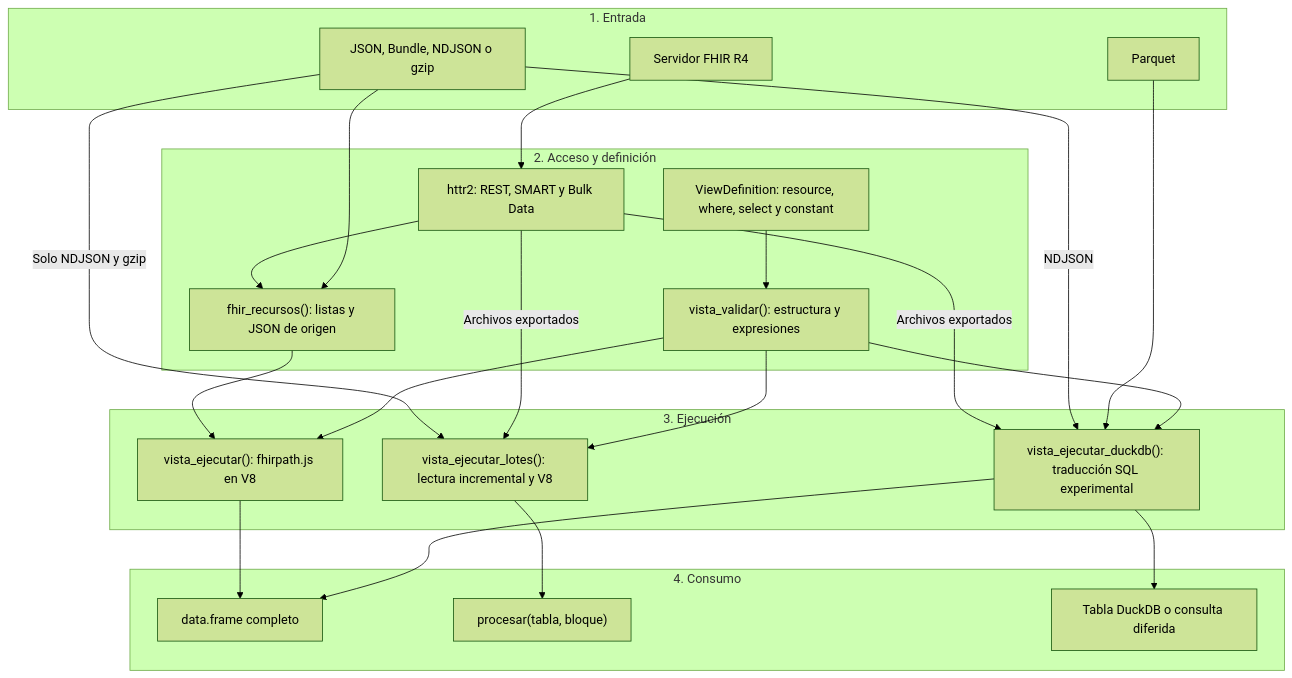
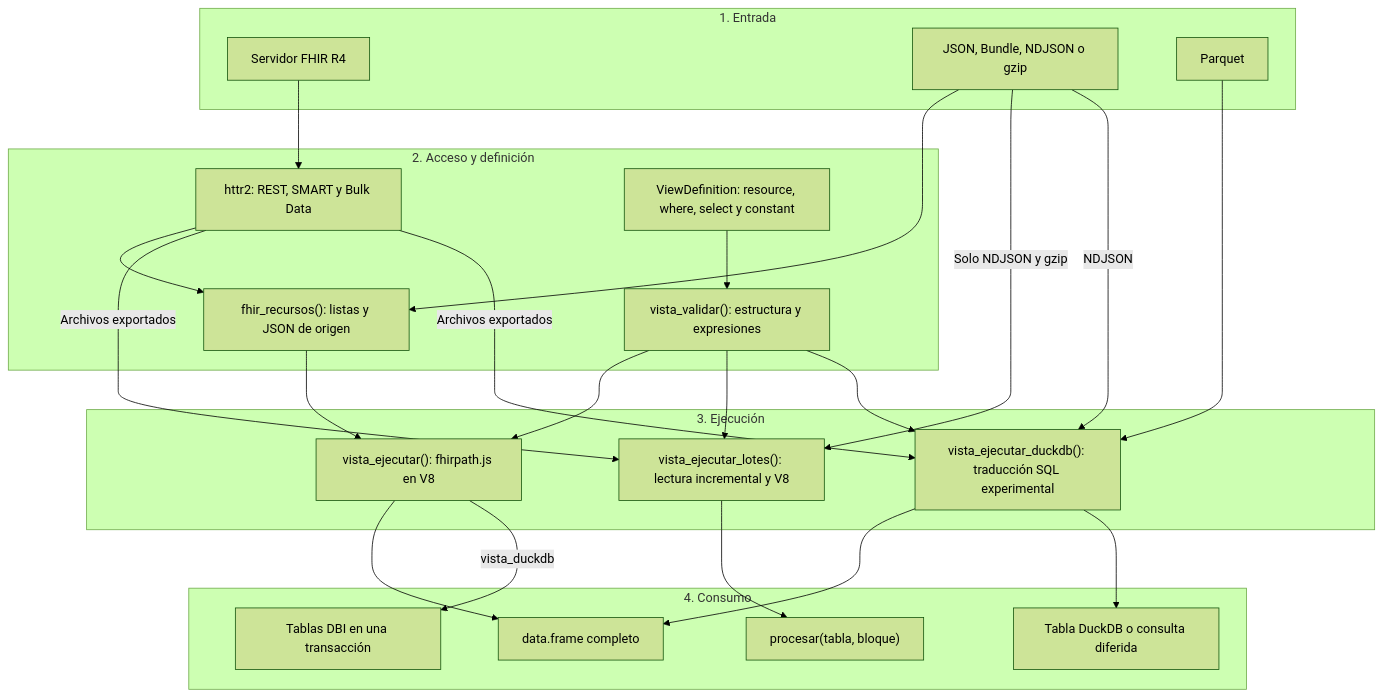
Before and after one commit to f-slg/fhirviews: the second of 10 diagrams in README.md, drawn with Mermaid (forest theme). The commit also changed other lines of this file and 5 other files, not shown here.

Commit message:
Replace opening diagram with Mermaid and document the R4 and Rust scope

````diff
--- a/README.md
+++ b/README.md
@@ -202,37 +212,39 @@
 ```mermaid
 flowchart TB
     subgraph EN["1. Entrada"]
         REST["Servidor FHIR R4"]
         FILE["JSON, Bundle, NDJSON o gzip"]
         PAR["Parquet"]
     end
     subgraph AC["2. Acceso y definición"]
         HTTP["httr2: REST, SMART y Bulk Data"]
         RES["fhir_recursos(): listas y JSON de origen"]
         VIEW["ViewDefinition: resource, where, select y constant"]
         VALID["vista_validar(): estructura y expresiones"]
     end
     subgraph EX["3. Ejecución"]
         V8["vista_ejecutar(): fhirpath.js en V8"]
         LOT["vista_ejecutar_lotes(): lectura incremental y V8"]
         SQL["vista_ejecutar_duckdb(): traducción SQL experimental"]
     end
     subgraph OUT["4. Consumo"]
         DF["data.frame completo"]
         CB["procesar(tabla, bloque)"]
         DB["Tabla DuckDB o consulta diferida"]
+        DBI["Tablas DBI en una transacción"]
     end
     REST --> HTTP --> RES
     FILE --> RES --> V8 --> DF
     FILE -->|"Solo NDJSON y gzip"| LOT --> CB
     HTTP -->|"Archivos exportados"| LOT
     HTTP -->|"Archivos exportados"| SQL
     FILE -->|"NDJSON"| SQL
     PAR --> SQL
     VIEW --> VALID
     VALID --> V8
     VALID --> LOT
     VALID --> SQL
     SQL --> DF
     SQL --> DB
+    V8 -->|"vista_duckdb"| DBI
 ```
````
